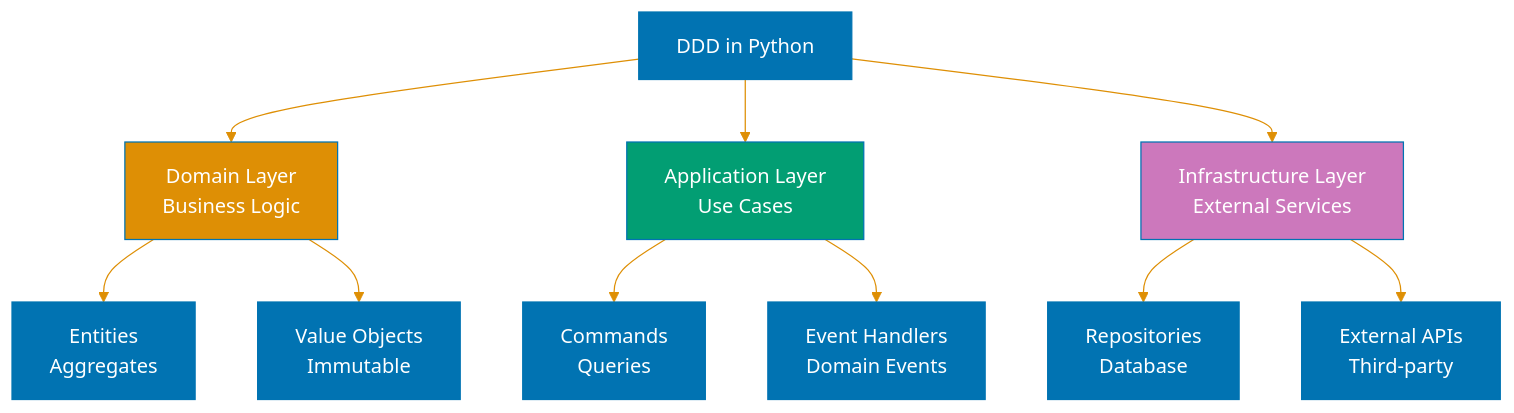
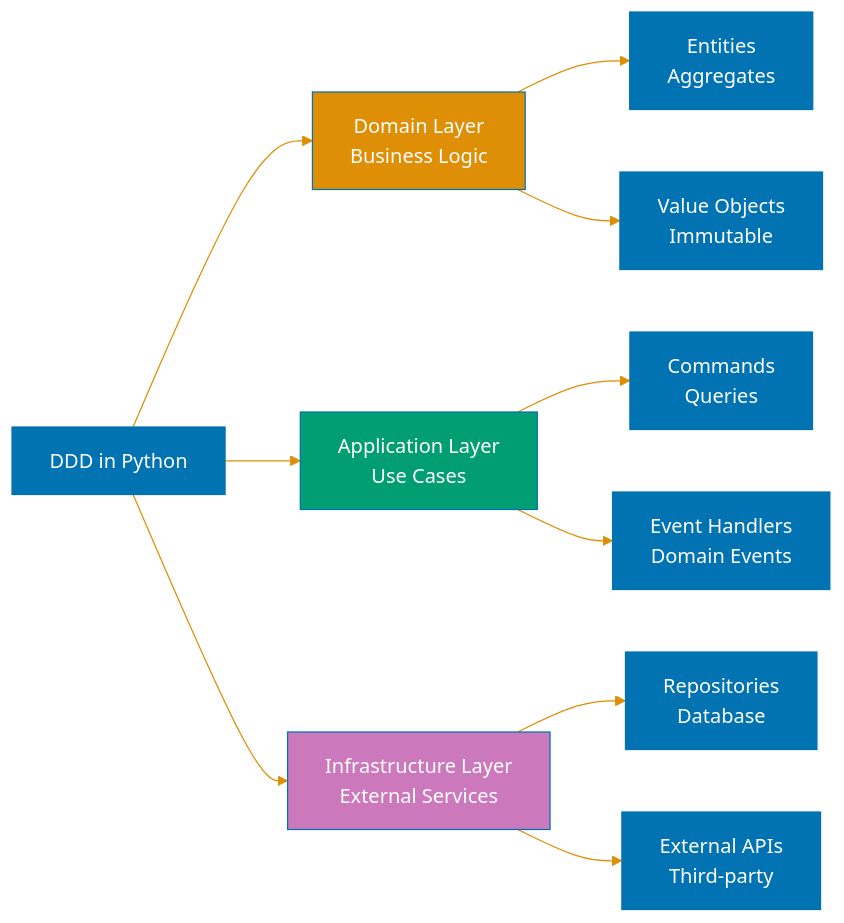
The sixth of 6 diagrams in docs/explanation/software-engineering/programming-languages/python/domain-driven-design.md (wahidyankf/ose-primer), drawn with Mermaid before and after one commit. The commit also changed other lines of this file and 12 other files, not shown here.

Commit message:
fix(docs): fix mermaid violations in python/ docs (batch 2/10)

````diff
--- a/docs/explanation/software-engineering/programming-languages/python/domain-driven-design.md
+++ b/docs/explanation/software-engineering/programming-languages/python/domain-driven-design.md
@@ -670,21 +670,21 @@
 ```mermaid
 %%{init: {'theme':'base', 'themeVariables': { 'primaryColor':'#0173B2','primaryTextColor':'#fff','primaryBorderColor':'#0173B2','lineColor':'#DE8F05','secondaryColor':'#029E73','tertiaryColor':'#CC78BC','fontSize':'16px'}}}%%
-flowchart TD
+flowchart LR
     A[DDD in Python] --> B[Domain Layer<br/>Business Logic]
     A --> C[Application Layer<br/>Use Cases]
     A --> D[Infrastructure Layer<br/>External Services]
 
     B --> E[Entities<br/>Aggregates]
     B --> F[Value Objects<br/>Immutable]
 
     C --> G[Commands<br/>Queries]
     C --> H[Event Handlers<br/>Domain Events]
 
     D --> I[Repositories<br/>Database]
     D --> J[External APIs<br/>Third-party]
 
     style A fill:#0173B2,color:#fff
     style B fill:#DE8F05,color:#fff
     style C fill:#029E73,color:#fff
     style D fill:#CC78BC,color:#fff
 ```
````
